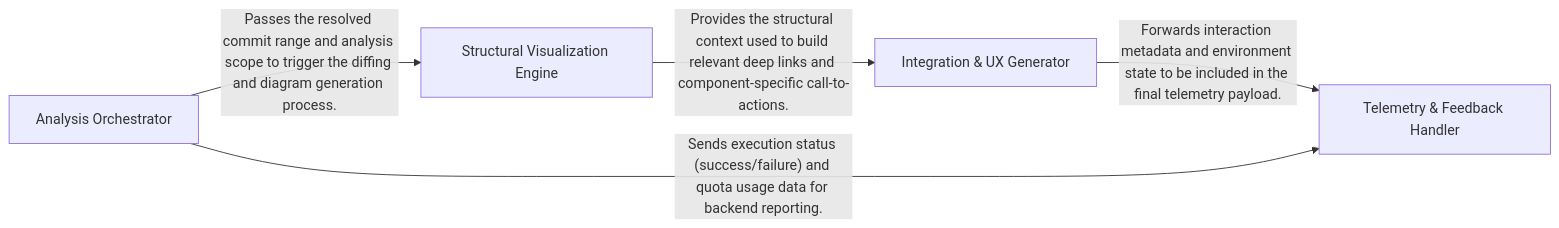
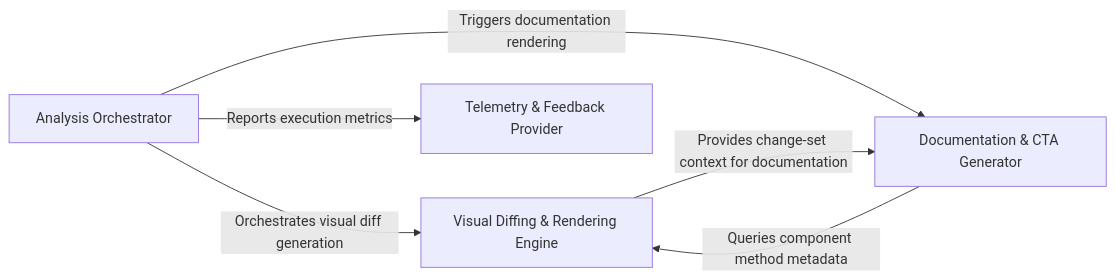
One commit to CodeBoarding/CodeBoarding-action changed the diagram in .codeboarding/overview.md. Above: the diagram before and after it, drawn with Mermaid. The commit also changed other lines of this file and 14 other files, not shown here.

Commit message:
chore(codeboarding): sync architecture baseline

````diff
--- a/.codeboarding/overview.md
+++ b/.codeboarding/overview.md
@@ -1,15 +1,16 @@
 ```mermaid
 graph LR
     Analysis_Orchestrator["Analysis Orchestrator"]
-    Structural_Visualization_Engine["Structural Visualization Engine"]
-    Integration_UX_Generator["Integration & UX Generator"]
-    Telemetry_Feedback_Handler["Telemetry & Feedback Handler"]
-    Analysis_Orchestrator -- "Passes the resolved commit range and analysis scope to trigger the diffing and diagram generation process." --> Structural_Visualization_Engine
-    Structural_Visualization_Engine -- "Provides the structural context used to build relevant deep links and component-specific call-to-actions." --> Integration_UX_Generator
-    Integration_UX_Generator -- "Forwards interaction metadata and environment state to be included in the final telemetry payload." --> Telemetry_Feedback_Handler
-    Analysis_Orchestrator -- "Sends execution status (success/failure) and quota usage data for backend reporting." --> Telemetry_Feedback_Handler
+    Visual_Diffing_Rendering_Engine["Visual Diffing & Rendering Engine"]
+    Documentation_CTA_Generator["Documentation & CTA Generator"]
+    Telemetry_Feedback_Provider["Telemetry & Feedback Provider"]
+    Analysis_Orchestrator -- "Orchestrates visual diff generation" --> Visual_Diffing_Rendering_Engine
+    Analysis_Orchestrator -- "Triggers documentation rendering" --> Documentation_CTA_Generator
+    Analysis_Orchestrator -- "Reports execution metrics" --> Telemetry_Feedback_Provider
+    Visual_Diffing_Rendering_Engine -- "Provides change-set context for documentation" --> Documentation_CTA_Generator
+    Documentation_CTA_Generator -- "Queries component method metadata" --> Visual_Diffing_Rendering_Engine
     click Analysis_Orchestrator href "https://github.com/CodeBoarding/CodeBoarding-action/blob/main/.codeboarding/Analysis_Orchestrator.md" "Details"
-    click Structural_Visualization_Engine href "https://github.com/CodeBoarding/CodeBoarding-action/blob/main/.codeboarding/Structural_Visualization_Engine.md" "Details"
-    click Integration_UX_Generator href "https://github.com/CodeBoarding/CodeBoarding-action/blob/main/.codeboarding/Integration_UX_Generator.md" "Details"
-    click Telemetry_Feedback_Handler href "https://github.com/CodeBoarding/CodeBoarding-action/blob/main/.codeboarding/Telemetry_Feedback_Handler.md" "Details"
+    click Visual_Diffing_Rendering_Engine href "https://github.com/CodeBoarding/CodeBoarding-action/blob/main/.codeboarding/Visual_Diffing_Rendering_Engine.md" "Details"
+    click Documentation_CTA_Generator href "https://github.com/CodeBoarding/CodeBoarding-action/blob/main/.codeboarding/Documentation_CTA_Generator.md" "Details"
+    click Telemetry_Feedback_Provider href "https://github.com/CodeBoarding/CodeBoarding-action/blob/main/.codeboarding/Telemetry_Feedback_Provider.md" "Details"
 ```
````
